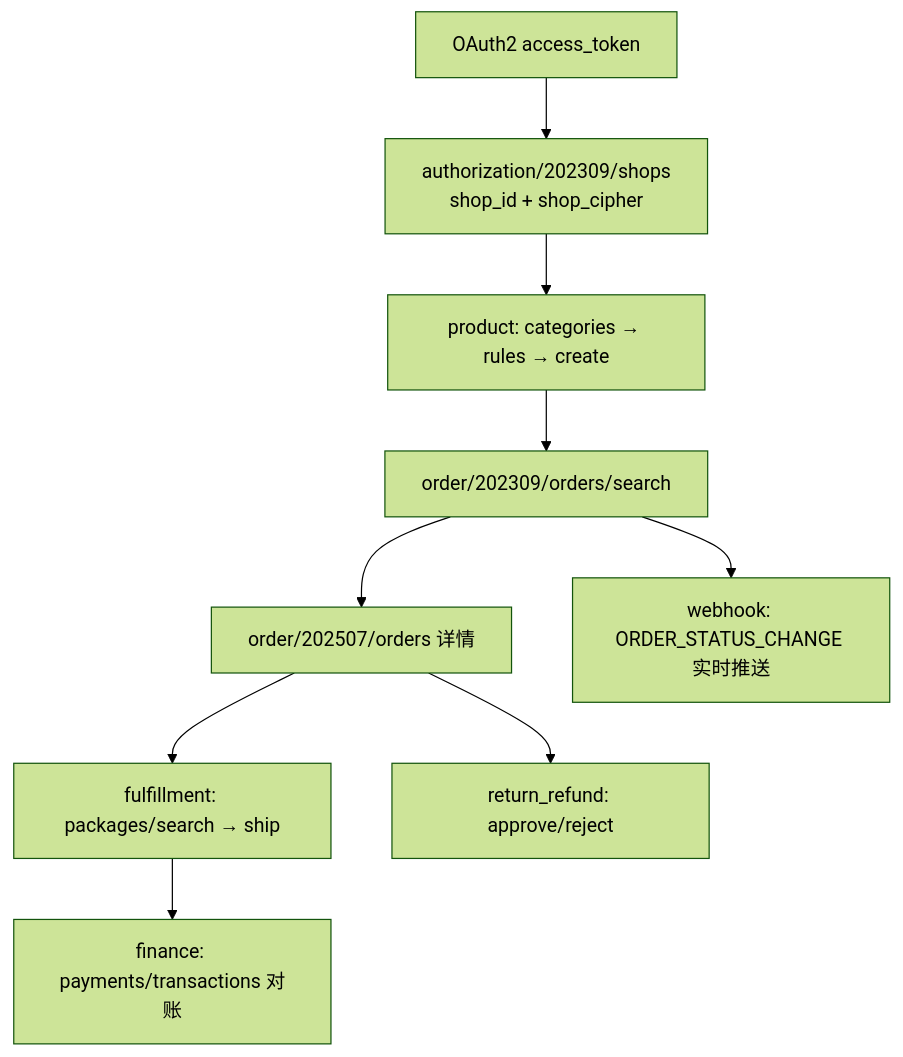
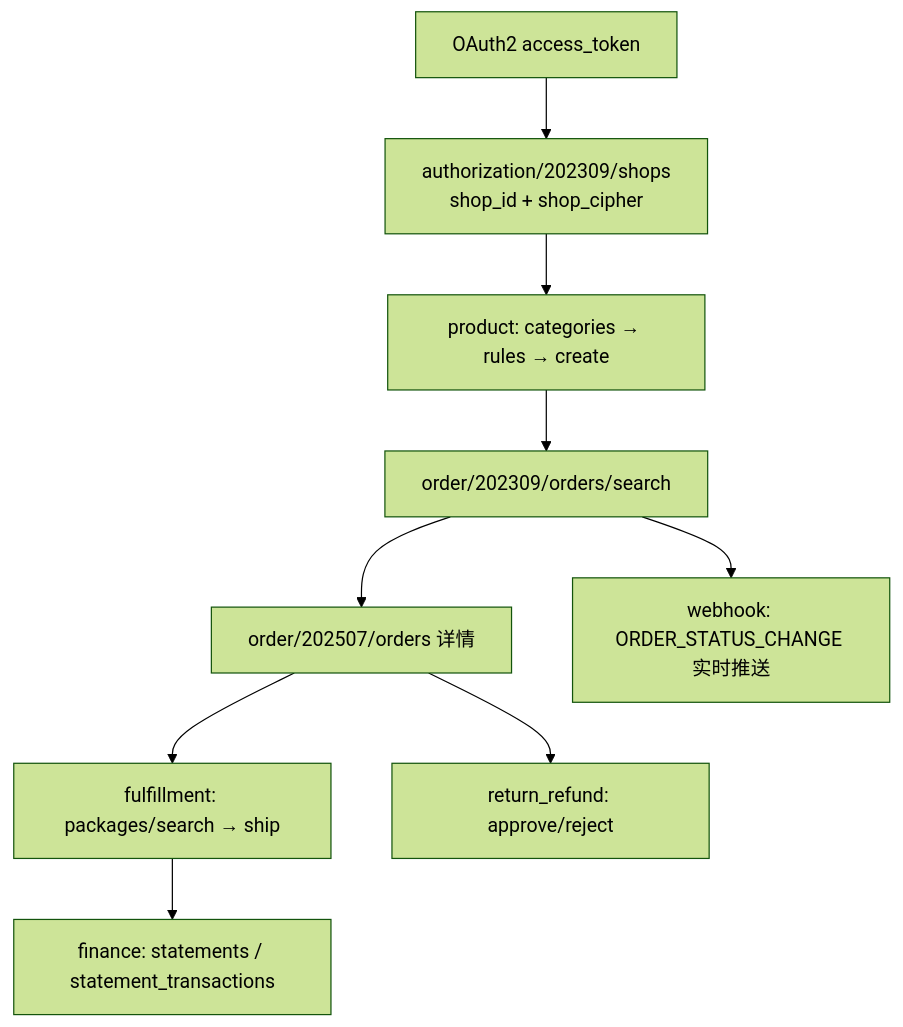
The first of 4 diagrams in hemu_oversea_fastapi/tiktok_API.md (philliu66/hemu_oversea_fullstack), drawn with Mermaid (forest theme) before and after one commit. The commit also changed other lines of this file and 25 other files, not shown here.

````diff
--- a/hemu_oversea_fastapi/tiktok_API.md
+++ b/hemu_oversea_fastapi/tiktok_API.md
@@ -46,11 +48,11 @@
 ```mermaid
 flowchart TD
     A["OAuth2 access_token"] --> B["authorization/202309/shops<br/>shop_id + shop_cipher"]
     B --> C["product: categories → rules → create"]
     C --> D["order/202309/orders/search"]
     D --> E["order/202507/orders 详情"]
     E --> F["fulfillment: packages/search → ship"]
     E --> G["return_refund: approve/reject"]
     D --> H["webhook: ORDER_STATUS_CHANGE 实时推送"]
-    F --> I["finance: payments/transactions 对账"]
+    F --> I["finance: statements / statement_transactions"]
 ```
````
